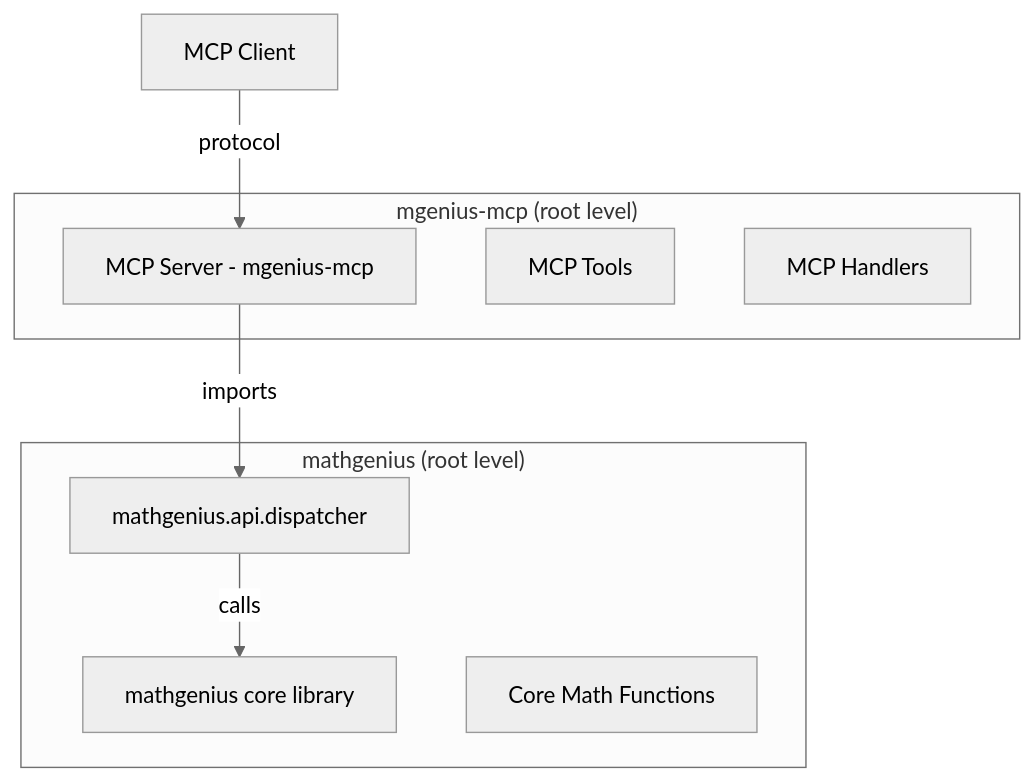
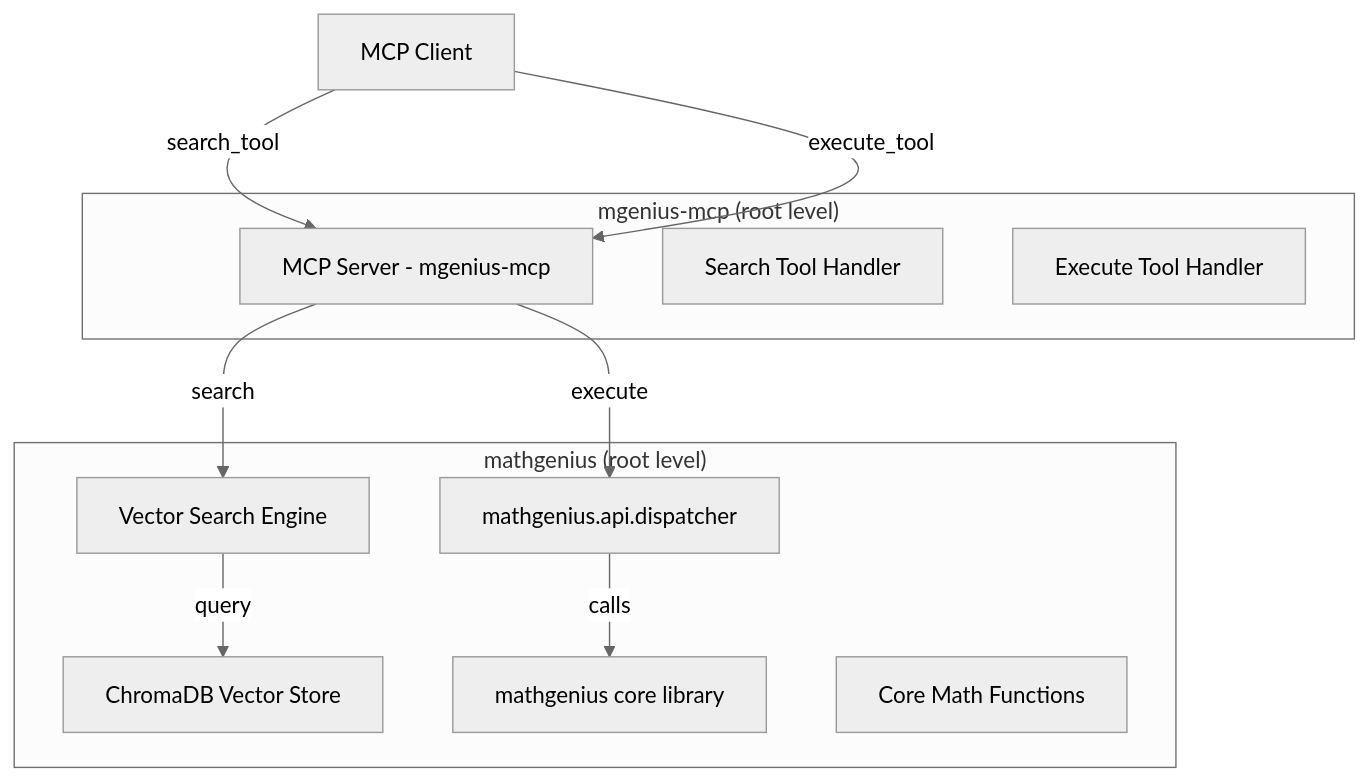
Before and after one commit to phanijapps/mathcp: the second of 2 diagrams in docs/ARCHITECTURE.md, drawn with Mermaid (neutral theme). The commit also changed other lines of this file and 174 other files, not shown here.

````diff
--- a/docs/ARCHITECTURE.md
+++ b/docs/ARCHITECTURE.md
@@ -160,18 +225,24 @@
 ```mermaid
 graph TB
-    MCP[MCP Client] -->|protocol| MCPS[MCP Server - mgenius-mcp]
-    MCPS -->|imports| MGD[mathgenius.api.dispatcher]
+    MCP[MCP Client] -->|search_tool| MCPS[MCP Server - mgenius-mcp]
+    MCP -->|execute_tool| MCPS
+    MCPS -->|search| VS[Vector Search Engine]
+    MCPS -->|execute| MGD[mathgenius.api.dispatcher]
+    
+    VS -->|query| CDB[ChromaDB Vector Store]
     MGD -->|calls| MG[mathgenius core library]
     
     subgraph "mgenius-mcp (root level)"
         MCPS
-        MCPTools[MCP Tools]
-        MCPHandlers[MCP Handlers]
+        ST[Search Tool Handler]
+        ET[Execute Tool Handler]
     end
     
     subgraph "mathgenius (root level)"
+        VS
+        CDB
         MGD
         MG
         MGCore[Core Math Functions]
     end
 ```
````
